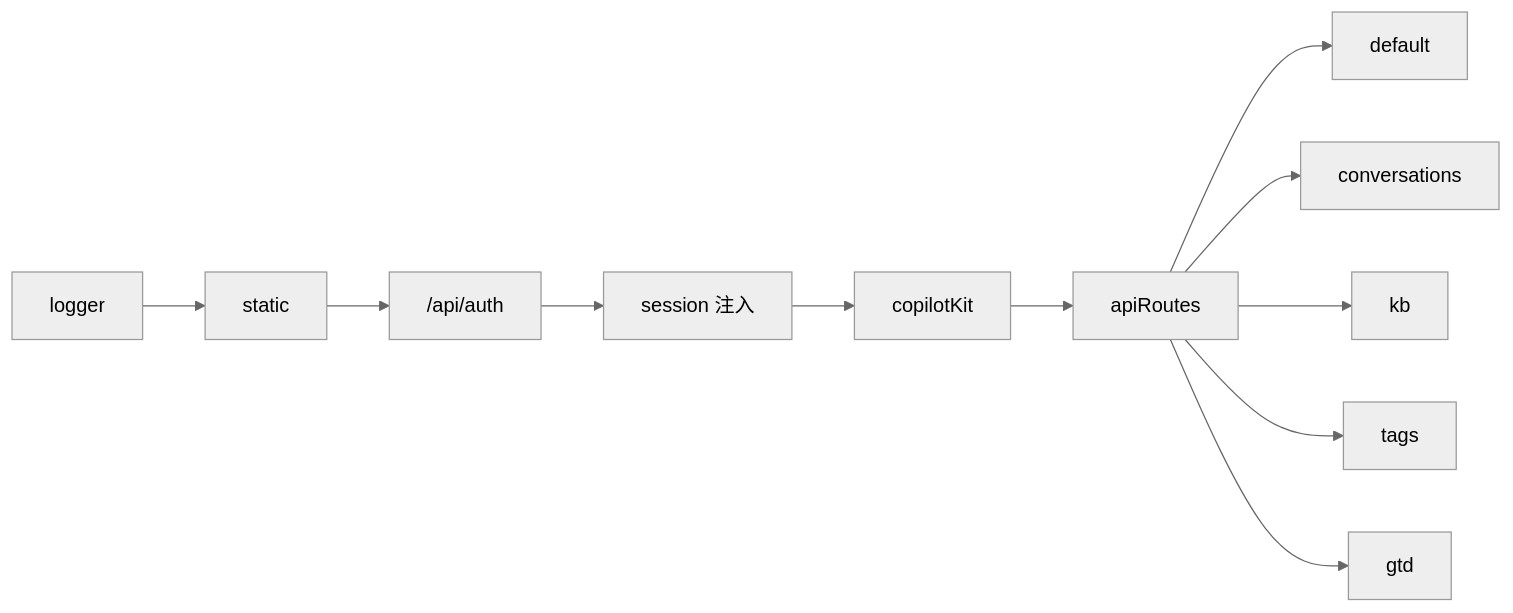
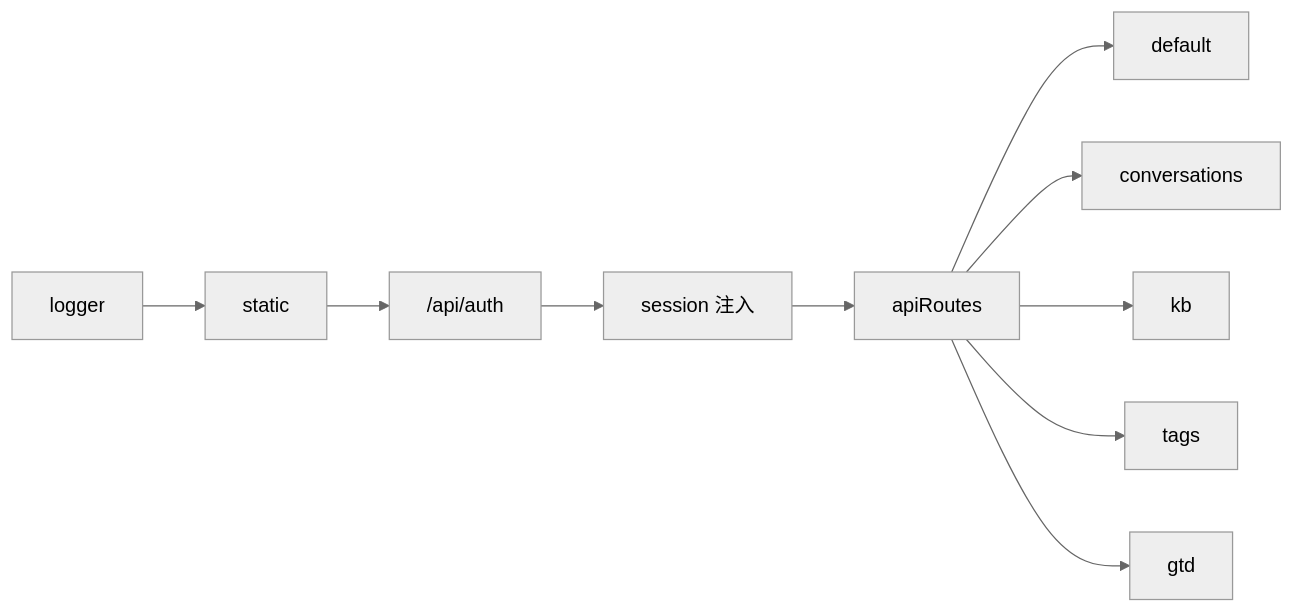
Before and after one commit to QingRiver/agent: the second of 2 diagrams in apps/server/gateway/README.md, drawn with Mermaid (neutral theme). The commit also changed other lines of this file and 144 other files, not shown here.

````diff
--- a/apps/server/gateway/README.md
+++ b/apps/server/gateway/README.md
@@ -289,13 +285,12 @@
 ```mermaid
 flowchart LR
   A[logger] --> B[static]
   B --> C["/api/auth"]
   C --> D[session 注入]
-  D --> E[copilotKit]
-  E --> F[apiRoutes]
+  D --> F[apiRoutes]
   F --> F1[default]
   F --> F2[conversations]
   F --> F3[kb]
   F --> F4[tags]
   F --> F5[gtd]
 ```
````
